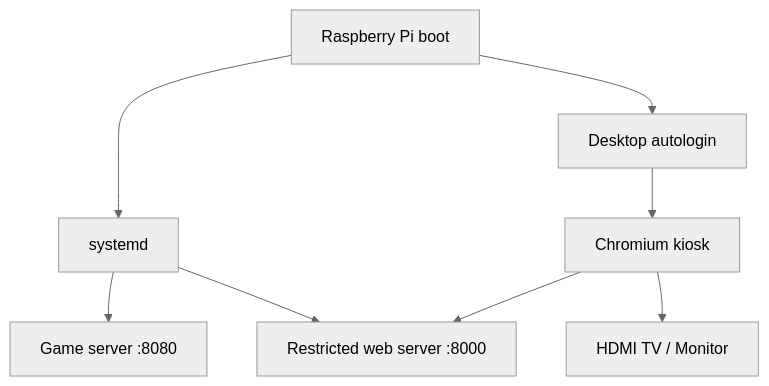
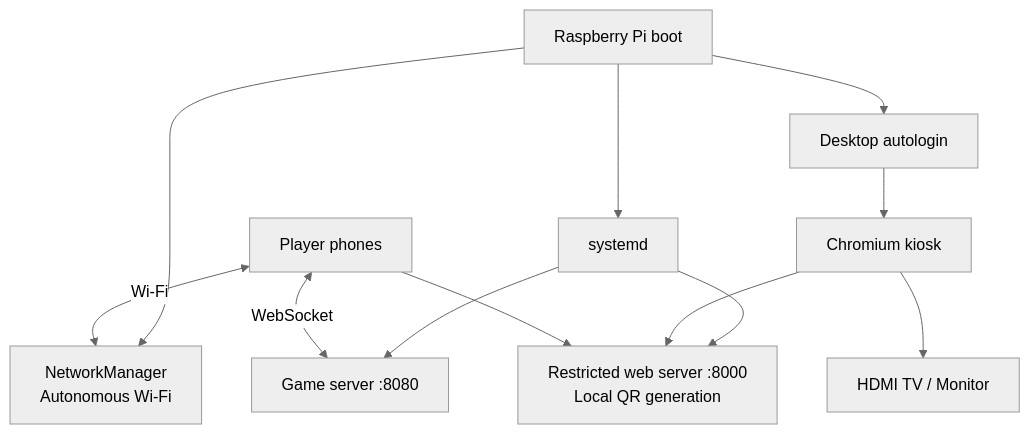
One commit to EfcyLab/electronic-scrabble changed the second of 2 diagrams in README.md. Above: the diagram before and after it, drawn with Mermaid (neutral theme). The commit also changed other lines of this file and 22 other files, not shown here.

````diff
--- a/README.md
+++ b/README.md
@@ -175,18 +185,24 @@
 ```mermaid
 flowchart TB
     Boot["Raspberry Pi boot"]
+    Network["NetworkManager<br/>Autonomous Wi-Fi"]
     Systemd["systemd"]
     Game["Game server :8080"]
-    Web["Restricted web server :8000"]
+    Web["Restricted web server :8000<br/>Local QR generation"]
     Desktop["Desktop autologin"]
     Kiosk["Chromium kiosk"]
     TV["HDMI TV / Monitor"]
+    Phones["Player phones"]
 
+    Boot --> Network
     Boot --> Systemd
     Systemd --> Game
     Systemd --> Web
     Boot --> Desktop
     Desktop --> Kiosk
     Kiosk --> TV
     Kiosk --> Web
+    Phones <-->|Wi-Fi| Network
+    Phones --> Web
+    Phones <-->|WebSocket| Game
 ```
````
